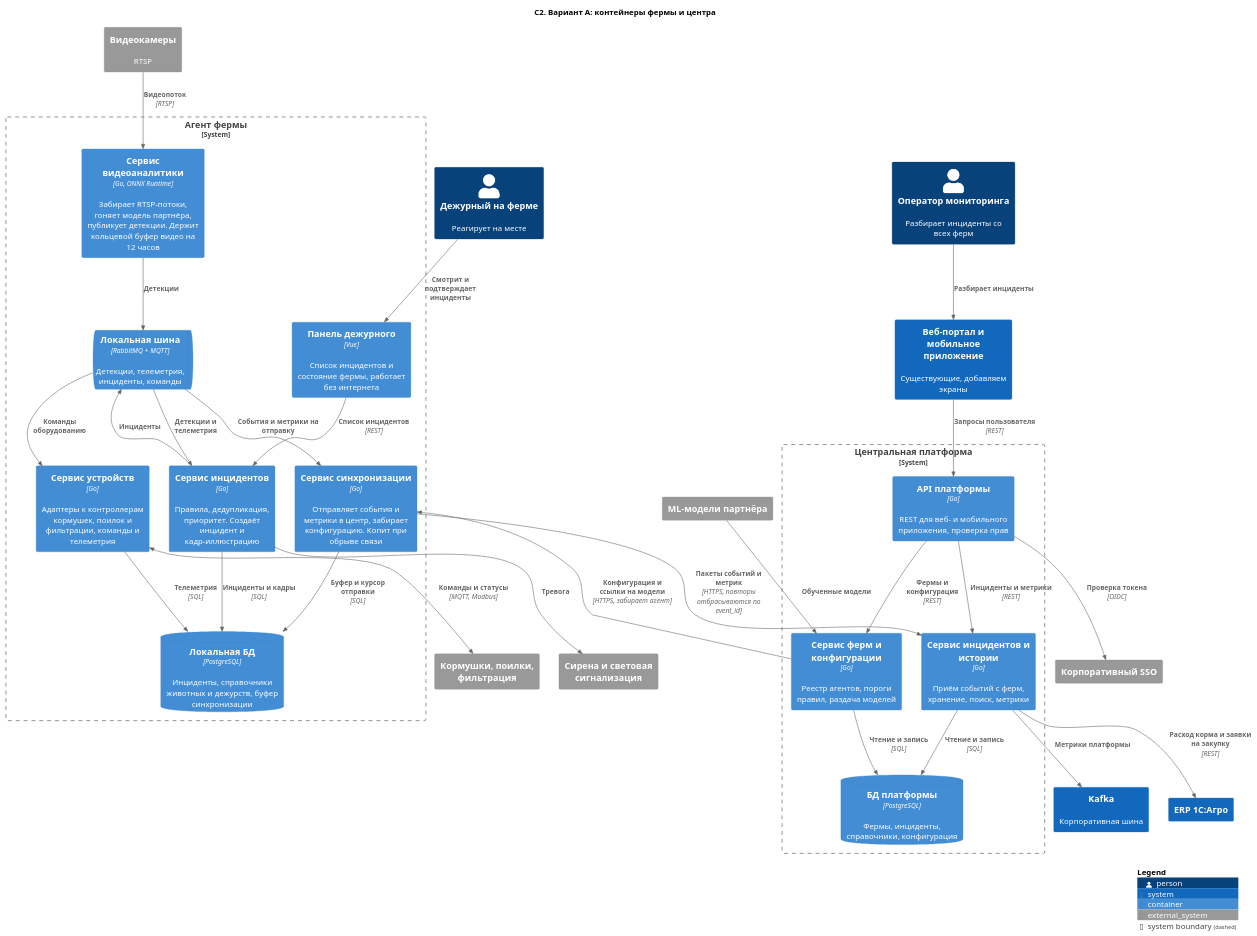
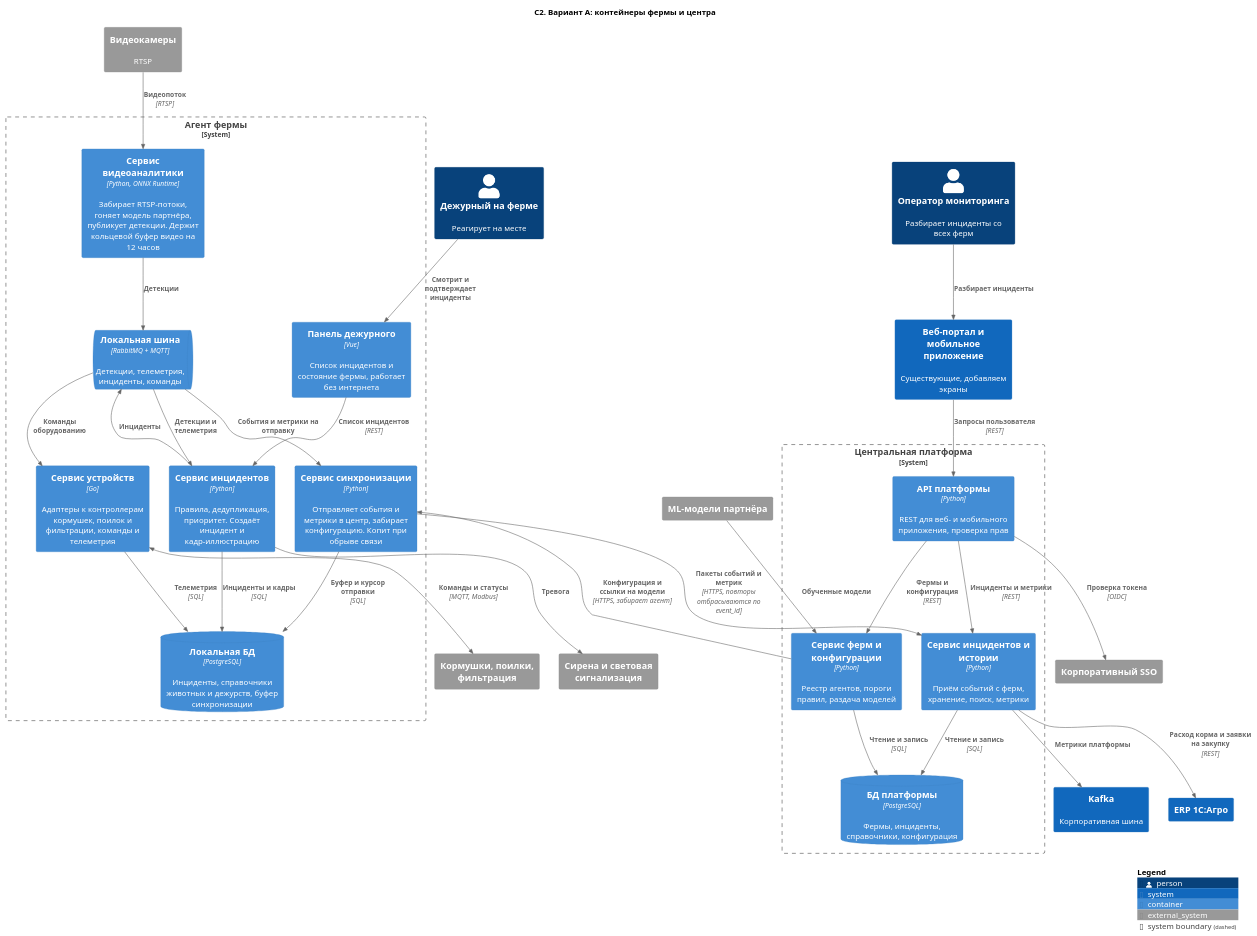
One commit to FCTL3314/MSA-AgroTech changed the diagram in Task2/C2-main.puml. Above: the diagram before and after it, drawn with PlantUML. The commit also changed 24 other files, not shown here.

```diff
--- a/Task2/C2-main.puml
+++ b/Task2/C2-main.puml
@@ -1,63 +1,63 @@
 @startuml C2-main
 !include <C4/C4_Container>
 
 title C2. Вариант A: контейнеры фермы и центра
 
 Person(duty, "Дежурный на ферме", "Реагирует на месте")
 Person(operator, "Оператор мониторинга", "Разбирает инциденты со всех ферм")
 
 System_Boundary(farm, "Агент фермы") {
-  Container(video, "Сервис видеоаналитики", "Go, ONNX Runtime", "Забирает RTSP-потоки, гоняет модель партнёра, публикует детекции. Держит кольцевой буфер видео на 12 часов")
-  Container(incidents, "Сервис инцидентов", "Go", "Правила, дедупликация, приоритет. Создаёт инцидент и кадр-иллюстрацию")
+  Container(video, "Сервис видеоаналитики", "Python, ONNX Runtime", "Забирает RTSP-потоки, гоняет модель партнёра, публикует детекции. Держит кольцевой буфер видео на 12 часов")
+  Container(incidents, "Сервис инцидентов", "Python", "Правила, дедупликация, приоритет. Создаёт инцидент и кадр-иллюстрацию")
   Container(devices, "Сервис устройств", "Go", "Адаптеры к контроллерам кормушек, поилок и фильтрации, команды и телеметрия")
-  Container(sync, "Сервис синхронизации", "Go", "Отправляет события и метрики в центр, забирает конфигурацию. Копит при обрыве связи")
+  Container(sync, "Сервис синхронизации", "Python", "Отправляет события и метрики в центр, забирает конфигурацию. Копит при обрыве связи")
   Container(panel, "Панель дежурного", "Vue", "Список инцидентов и состояние фермы, работает без интернета")
   ContainerQueue(bus, "Локальная шина", "RabbitMQ + MQTT", "Детекции, телеметрия, инциденты, команды")
   ContainerDb(farmdb, "Локальная БД", "PostgreSQL", "Инциденты, справочники животных и дежурств, буфер синхронизации")
 }
 
 System_Boundary(hq, "Центральная платформа") {
-  Container(api, "API платформы", "Go", "REST для веб- и мобильного приложения, проверка прав")
-  Container(fleet, "Сервис ферм и конфигурации", "Go", "Реестр агентов, пороги правил, раздача моделей")
-  Container(history, "Сервис инцидентов и истории", "Go", "Приём событий с ферм, хранение, поиск, метрики")
+  Container(api, "API платформы", "Python", "REST для веб- и мобильного приложения, проверка прав")
+  Container(fleet, "Сервис ферм и конфигурации", "Python", "Реестр агентов, пороги правил, раздача моделей")
+  Container(history, "Сервис инцидентов и истории", "Python", "Приём событий с ферм, хранение, поиск, метрики")
   ContainerDb(centraldb, "БД платформы", "PostgreSQL", "Фермы, инциденты, справочники, конфигурация")
 }
 
 System_Ext(cameras, "Видеокамеры", "RTSP")
 System_Ext(equipment, "Кормушки, поилки, фильтрация")
 System_Ext(siren, "Сирена и световая сигнализация")
 System_Ext(mlmodel, "ML-модели партнёра")
 System_Ext(idp, "Корпоративный SSO")
 System(apps, "Веб-портал и мобильное приложение", "Существующие, добавляем экраны")
 System(kafka, "Kafka", "Корпоративная шина")
 System(erp, "ERP 1С:Агро")
 
 Rel(cameras, video, "Видеопоток", "RTSP")
 Rel(video, bus, "Детекции")
 Rel(bus, incidents, "Детекции и телеметрия")
 Rel(incidents, bus, "Инциденты")
 Rel(bus, devices, "Команды оборудованию")
 BiRel(devices, equipment, "Команды и статусы", "MQTT, Modbus")
 Rel(incidents, siren, "Тревога")
 Rel(incidents, farmdb, "Инциденты и кадры", "SQL")
 Rel(devices, farmdb, "Телеметрия", "SQL")
 Rel(panel, incidents, "Список инцидентов", "REST")
 Rel(duty, panel, "Смотрит и подтверждает инциденты")
 Rel(bus, sync, "События и метрики на отправку")
 Rel(sync, farmdb, "Буфер и курсор отправки", "SQL")
 
 Rel(sync, history, "Пакеты событий и метрик", "HTTPS, повторы отбрасываются по event_id")
 Rel(fleet, sync, "Конфигурация и ссылки на модели", "HTTPS, забирает агент")
 Rel(mlmodel, fleet, "Обученные модели")
 Rel(history, centraldb, "Чтение и запись", "SQL")
 Rel(fleet, centraldb, "Чтение и запись", "SQL")
 Rel(api, history, "Инциденты и метрики", "REST")
 Rel(api, fleet, "Фермы и конфигурация", "REST")
 Rel(api, idp, "Проверка токена", "OIDC")
 Rel(apps, api, "Запросы пользователя", "REST")
 Rel(operator, apps, "Разбирает инциденты")
 Rel(history, kafka, "Метрики платформы")
 Rel(history, erp, "Расход корма и заявки на закупку", "REST")
 
 SHOW_LEGEND()
 @enduml
```
